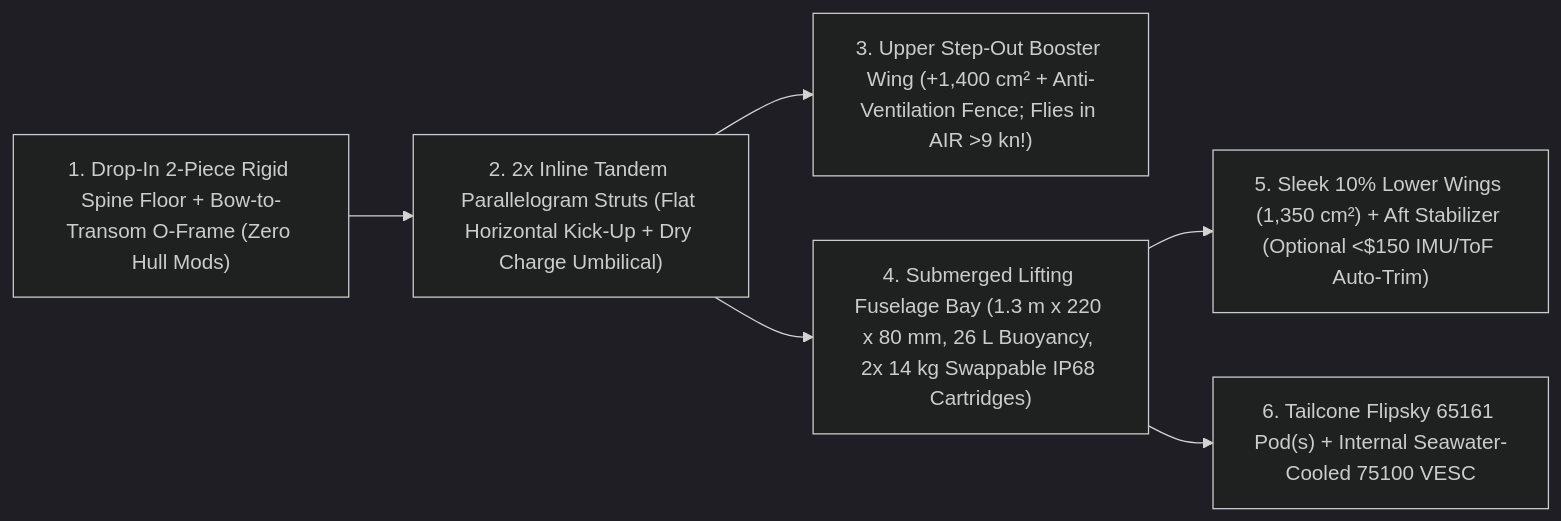
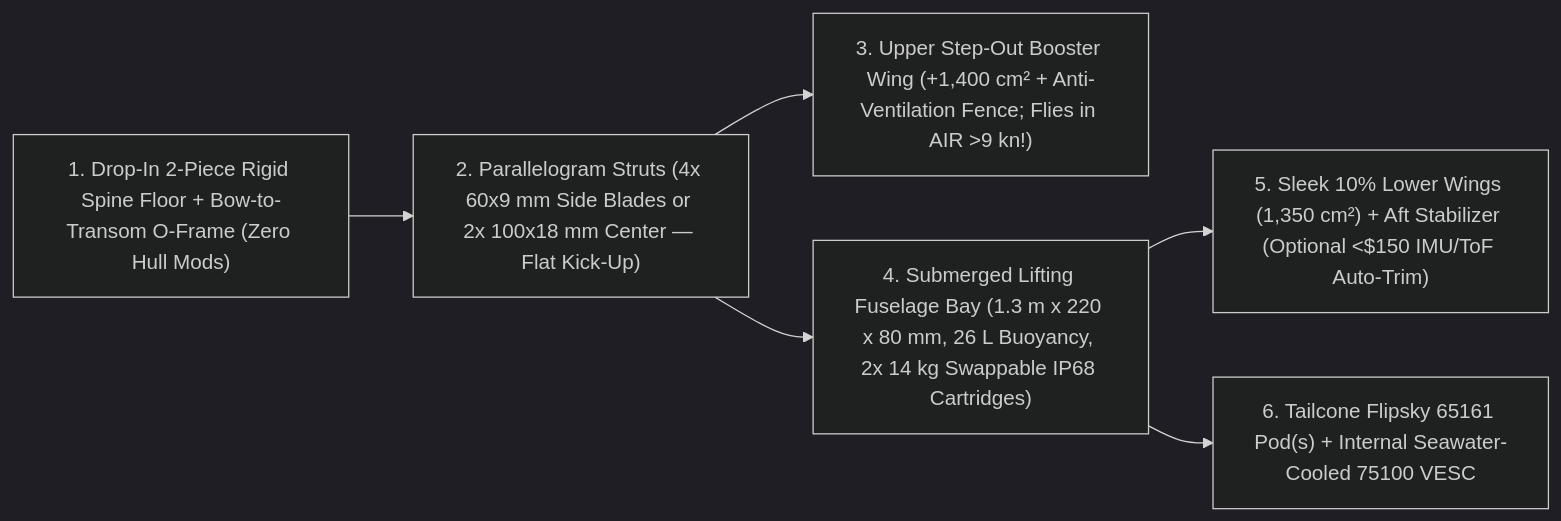
The first of 2 diagrams in README.md (boats-boats-boats/foil-skiff), drawn with Mermaid (dark theme) before and after one commit. The commit also changed other lines of this file and 2 other files, not shown here.

Commit message:
Add 4x ultra-slim side-straddling tandem blades (60x9mm) and exact folded vertical stack-up clearances

````diff
--- a/README.md
+++ b/README.md
@@ -13,8 +13,8 @@
 ```mermaid
 flowchart LR
-    Floor["1. Drop-In 2-Piece Rigid Spine Floor + Bow-to-Transom O-Frame (Zero Hull Mods)"] --> Strut["2. 2x Inline Tandem Parallelogram Struts (Flat Horizontal Kick-Up + Dry Charge Umbilical)"]
+    Floor["1. Drop-In 2-Piece Rigid Spine Floor + Bow-to-Transom O-Frame (Zero Hull Mods)"] --> Strut["2. Parallelogram Struts (4x 60x9 mm Side Blades or 2x 100x18 mm Center — Flat Kick-Up)"]
     Strut --> Upper["3. Upper Step-Out Booster Wing (+1,400 cm² + Anti-Ventilation Fence; Flies in AIR >9 kn!)"]
     Strut --> Fuse["4. Submerged Lifting Fuselage Bay (1.3 m x 220 x 80 mm, 26 L Buoyancy, 2x 14 kg Swappable IP68 Cartridges)"]
     Fuse --> Wings["5. Sleek 10% Lower Wings (1,350 cm²) + Aft Stabilizer (Optional <$150 IMU/ToF Auto-Trim)"]
     Fuse --> Motor["6. Tailcone Flipsky 65161 Pod(s) + Internal Seawater-Cooled 75100 VESC"]
 ```
````
